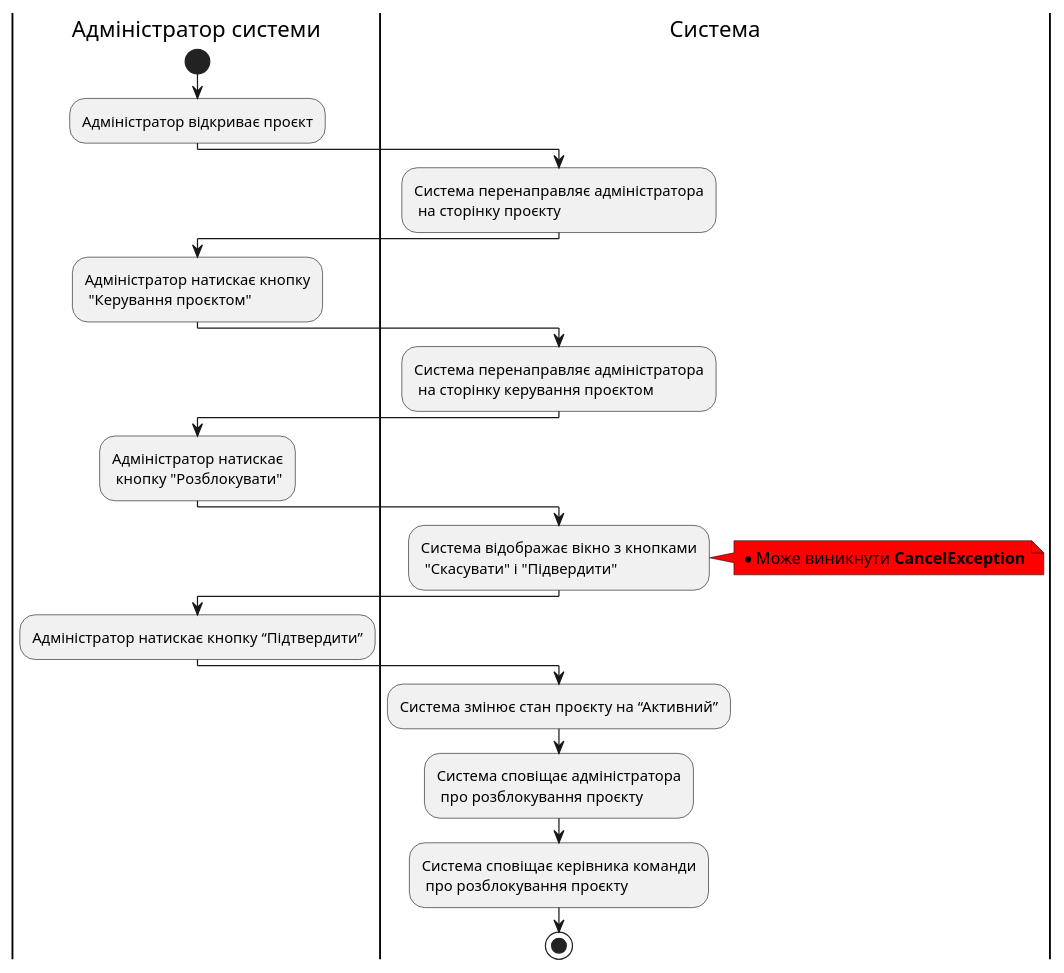
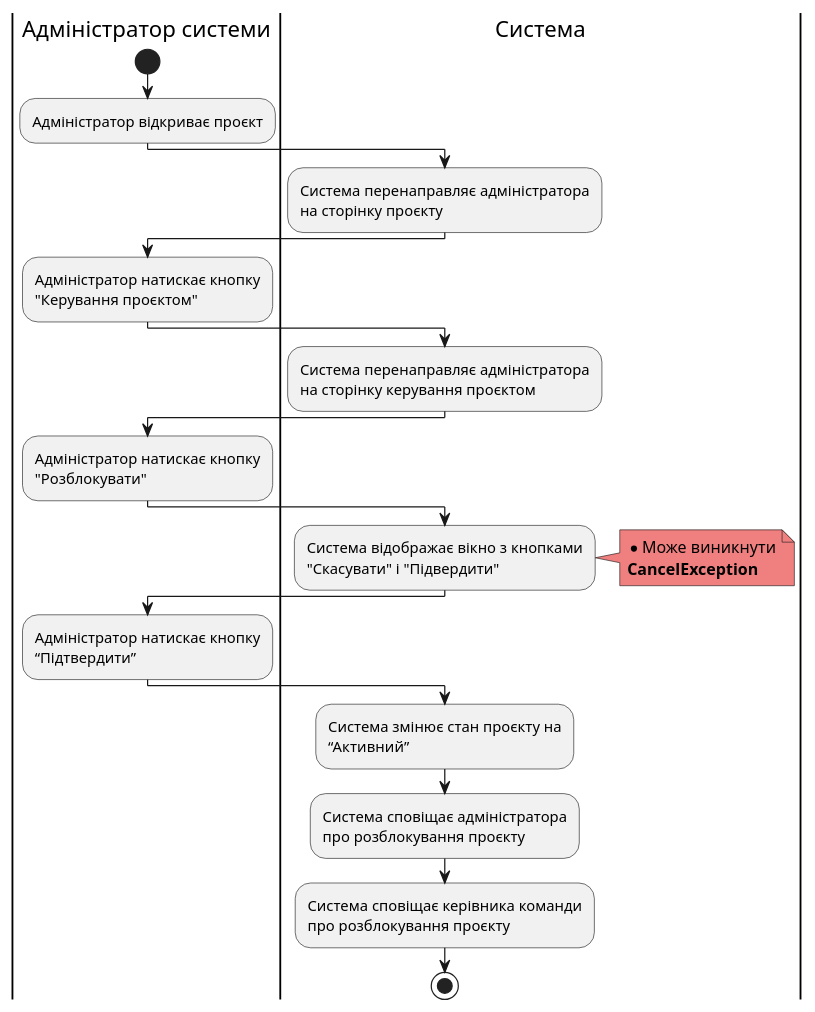
One commit to samoilenkomariia/db-coursework changed the sixth of 9 diagrams in docs/use cases/README.md. Above: the diagram before and after it, drawn with PlantUML. The commit also changed other lines of this file, not shown here.

```diff
--- a/docs/use cases/README.md
+++ b/docs/use cases/README.md
@@ -230,27 +230,28 @@
 @startuml
 
     |Адміністратор системи|
     start
     :Адміністратор відкриває проєкт;
     |Система|
-    :Система перенаправляє адміністратора\n на сторінку проєкту;
+    :Система перенаправляє адміністратора\nна сторінку проєкту;
     |Адміністратор системи|
-    :Адміністратор натискає кнопку\n "Керування проєктом";
+    :Адміністратор натискає кнопку\n"Керування проєктом";
     |Система|
-    :Система перенаправляє адміністратора\n на сторінку керування проєктом;
+    :Система перенаправляє адміністратора\nна сторінку керування проєктом;
     |Адміністратор системи|
-    :Адміністратор натискає\n кнопку "Розблокувати";
+    :Адміністратор натискає кнопку\n"Розблокувати";
     |Система|
-    :Система відображає вікно з кнопками\n "Скасувати" і "Підвердити";
-    note right #red
-        * Може виникнути <b>CancelException</b>
+    :Система відображає вікно з кнопками\n"Скасувати" і "Підвердити";
+    note right #lightcoral
+        * Може виникнути
+        <b>CancelException</b>
     end note
     |Адміністратор системи|
-    :Адміністратор натискає кнопку “Підтвердити”;
+    :Адміністратор натискає кнопку\n“Підтвердити”;
     |Система|
-    :Система змінює стан проєкту на “Активний”;
-    :Система сповіщає адміністратора\n про розблокування проєкту;
-    :Система сповіщає керівника команди\n про розблокування проєкту;
+    :Система змінює стан проєкту на\n“Активний”;
+    :Система сповіщає адміністратора\nпро розблокування проєкту;
+    :Система сповіщає керівника команди\nпро розблокування проєкту;
     stop
 
 @enduml
```
